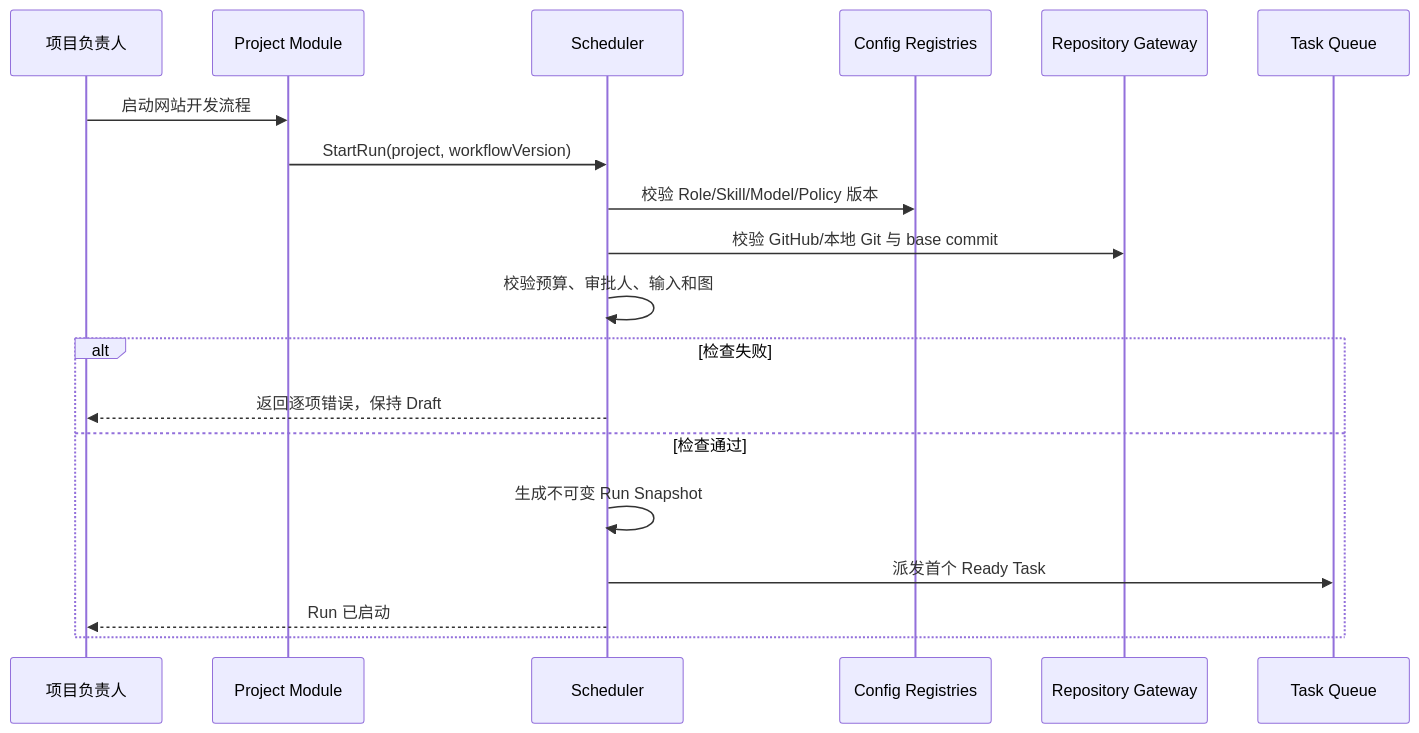
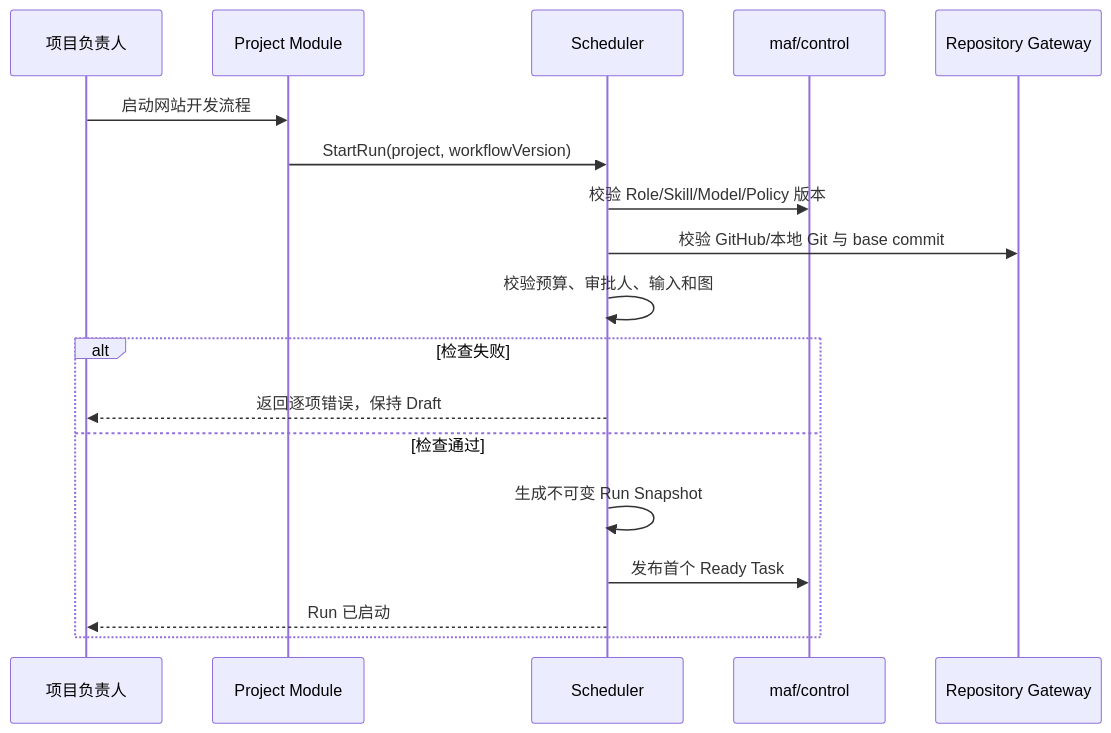
The fourth of 9 diagrams in doc/多Agent协同工具需求分析文档.md (mei-lun/multi-agent-flow), drawn with Mermaid before and after one commit. The commit also changed other lines of this file and 228 other files, not shown here.

````diff
--- a/doc/多Agent协同工具需求分析文档.md
+++ b/doc/多Agent协同工具需求分析文档.md
@@ -852,22 +853,22 @@
 ```mermaid
 sequenceDiagram
     participant U as 项目负责人
     participant P as Project Module
     participant S as Scheduler
     participant C as Config Registries
     participant R as Repository Gateway
-    participant Q as Task Queue
+    participant C as maf/control
 
     U->>P: 启动网站开发流程
     P->>S: StartRun(project, workflowVersion)
     S->>C: 校验 Role/Skill/Model/Policy 版本
     S->>R: 校验 GitHub/本地 Git 与 base commit
     S->>S: 校验预算、审批人、输入和图
     alt 检查失败
         S-->>U: 返回逐项错误，保持 Draft
     else 检查通过
         S->>S: 生成不可变 Run Snapshot
-        S->>Q: 派发首个 Ready Task
+        S->>C: 发布首个 Ready Task
         S-->>U: Run 已启动
     end
 ```
````
